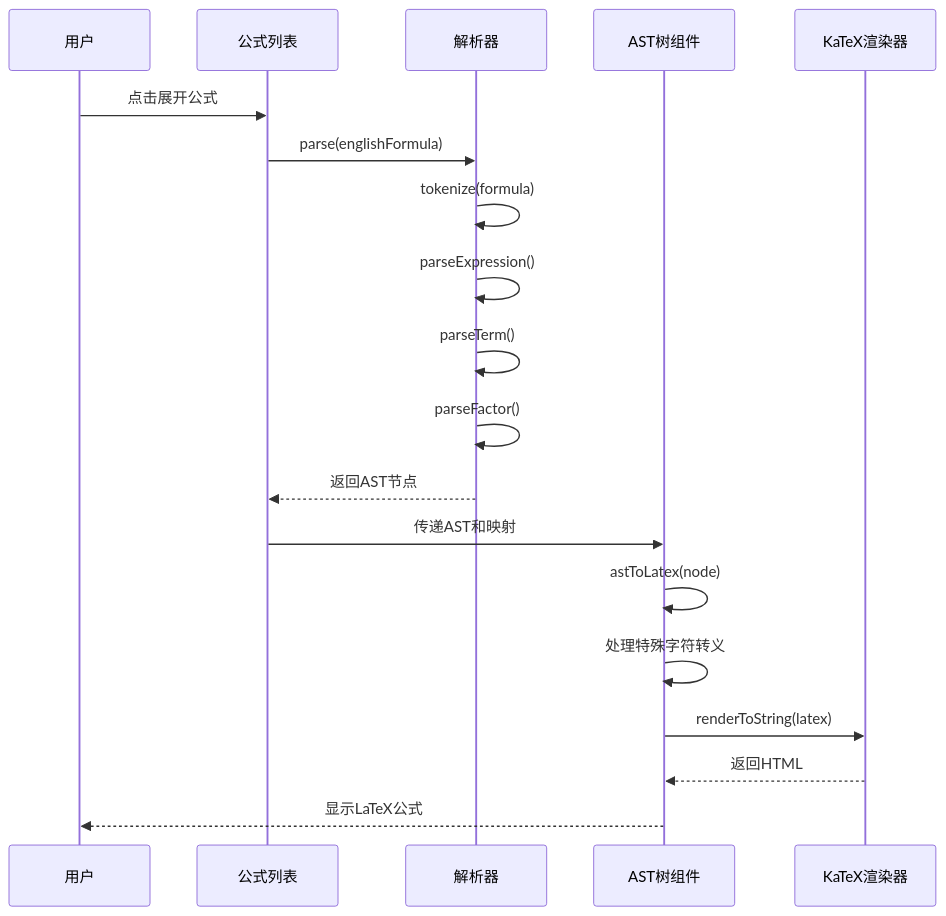
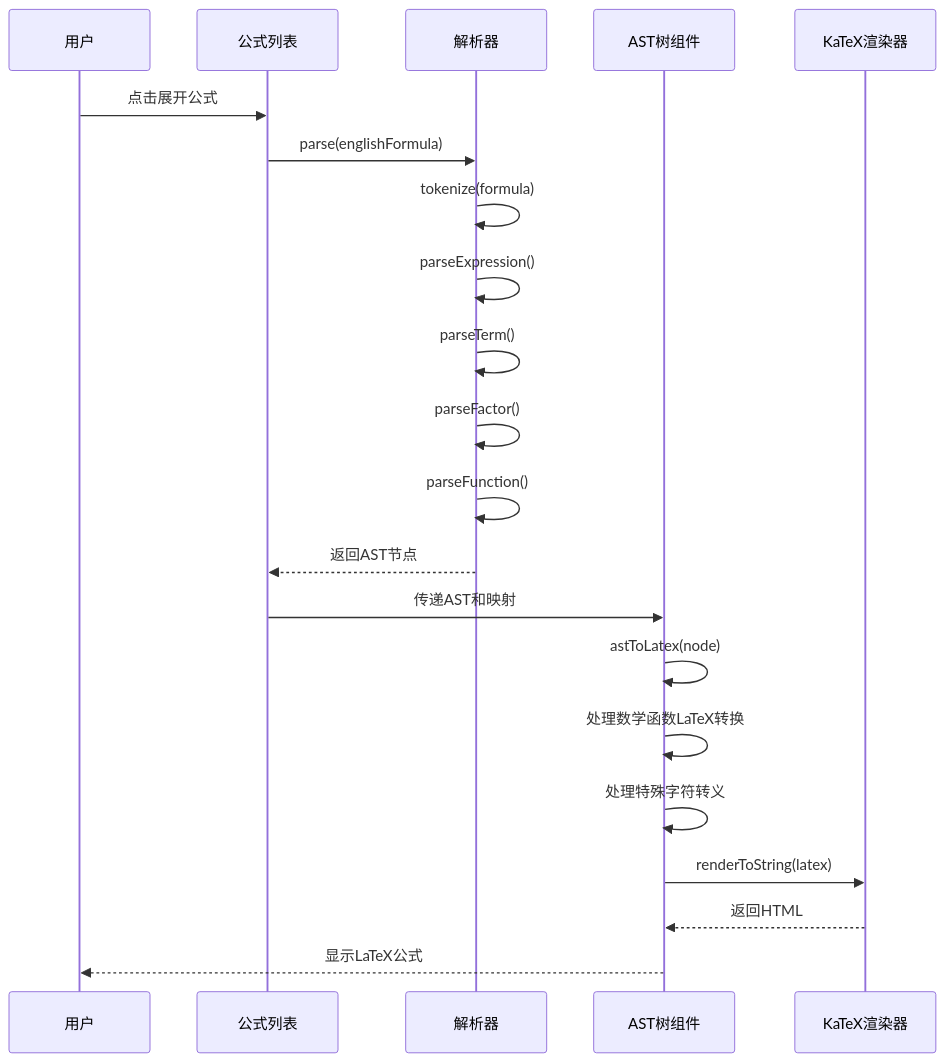
Before and after one commit to steveyu2/formula-mapper: the second of 6 diagrams in .qoder/repowiki/zh/content/用户指南/可视化展示/AST树可视化.md, drawn with Mermaid. The commit also changed other lines of this file and 10 other files, not shown here.

````diff
--- a/.qoder/repowiki/zh/content/用户指南/可视化展示/AST树可视化.md
+++ b/.qoder/repowiki/zh/content/用户指南/可视化展示/AST树可视化.md
@@ -124,21 +128,23 @@
 ```mermaid
 sequenceDiagram
 participant User as 用户
 participant FormulaList as 公式列表
 participant Parser as 解析器
 participant ASTTree as AST树组件
 participant KaTeX as KaTeX渲染器
 User->>FormulaList : 点击展开公式
 FormulaList->>Parser : parse(englishFormula)
 Parser->>Parser : tokenize(formula)
 Parser->>Parser : parseExpression()
 Parser->>Parser : parseTerm()
 Parser->>Parser : parseFactor()
+Parser->>Parser : parseFunction()
 Parser-->>FormulaList : 返回AST节点
 FormulaList->>ASTTree : 传递AST和映射
 ASTTree->>ASTTree : astToLatex(node)
+ASTTree->>ASTTree : 处理数学函数LaTeX转换
 ASTTree->>ASTTree : 处理特殊字符转义
 ASTTree->>KaTeX : renderToString(latex)
 KaTeX-->>ASTTree : 返回HTML
 ASTTree-->>User : 显示LaTeX公式
 ```
````
